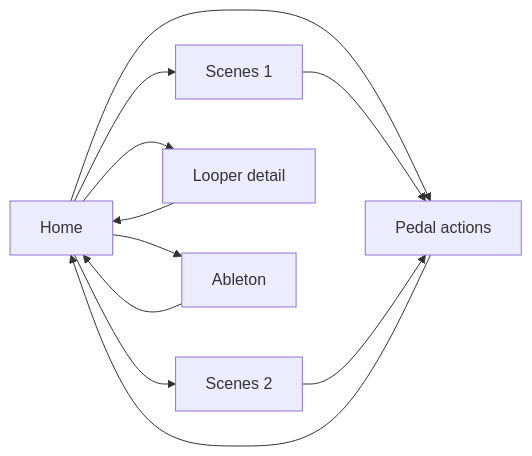
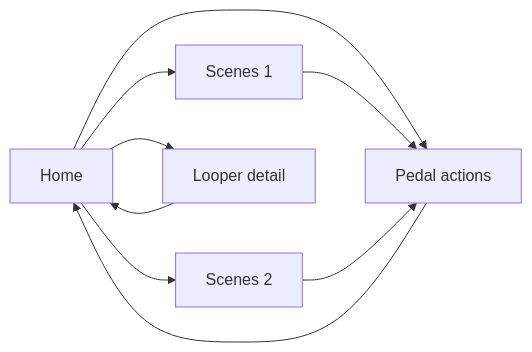
Before and after one commit to afcondon/producing-with-your-feet: the diagram in docs/DESIGN-CONTROLS.md, drawn with Mermaid. The commit also changed other lines of this file and 1 other file, not shown here.

First line of the commit message:
Drop LoopyPro and Ableton as targets; export becomes the only path to a DAW

````diff
--- a/docs/DESIGN-CONTROLS.md
+++ b/docs/DESIGN-CONTROLS.md
@@ -146,13 +146,11 @@
 ```mermaid
 graph LR
   H[Home] --> S1[Scenes 1]
   H --> S2[Scenes 2]
   H --> A[Pedal actions]
   H --> L[Looper detail]
-  H --> AB[Ableton]
   S1 --> A
   S2 --> A
   A --> H
   L --> H
-  AB --> H
 ```
````
